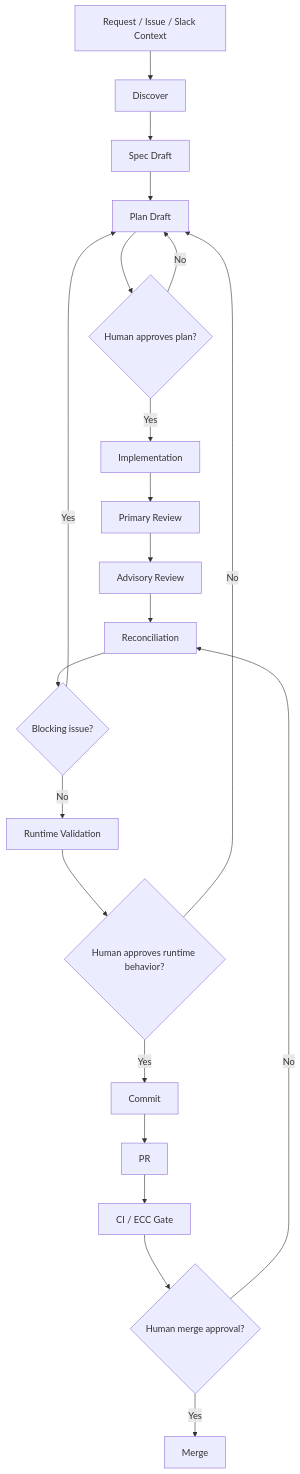
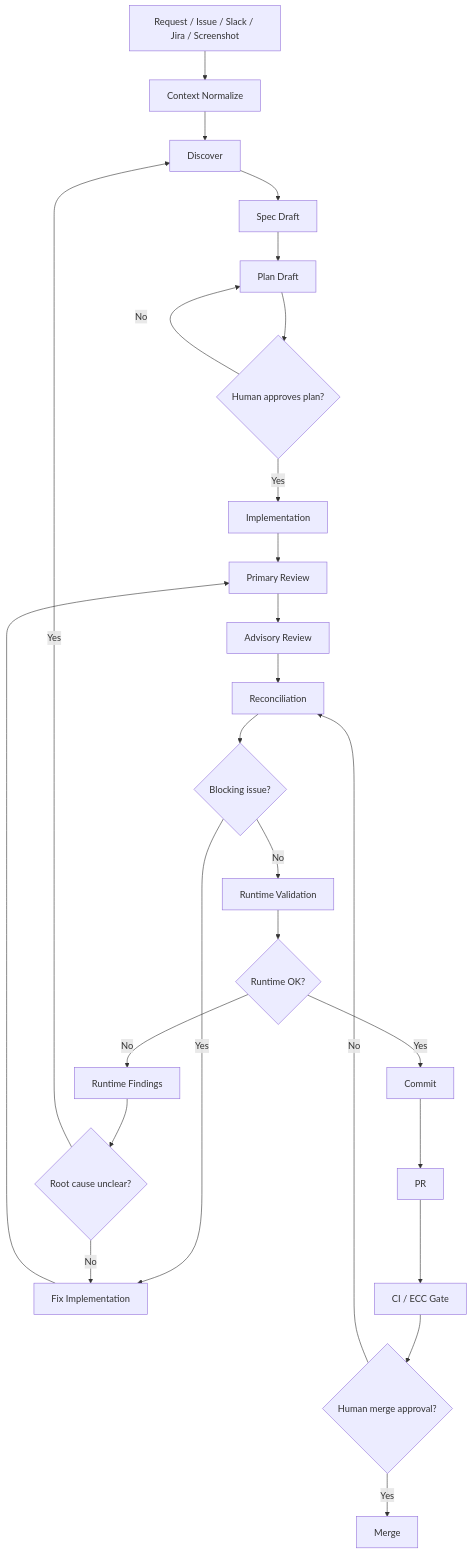
Before and after one commit to Allen-han21/FlowCore: the first of 2 diagrams in README.md, drawn with Mermaid. The commit also changed other lines of this file and 6 other files, not shown here.

Commit message:
FlowCore 워크플로우 아키텍처 강화

````diff
--- a/README.md
+++ b/README.md
@@ -177,23 +184,28 @@
 ```mermaid
 flowchart TD
-    A[Request / Issue / Slack Context] --> B[Discover]
-    B --> C[Spec Draft]
-    C --> D[Plan Draft]
-    D --> E{Human approves plan?}
-    E -- No --> D
-    E -- Yes --> F[Implementation]
-    F --> G[Primary Review]
-    G --> H[Advisory Review]
-    H --> I[Reconciliation]
-    I --> J{Blocking issue?}
-    J -- Yes --> D
-    J -- No --> K[Runtime Validation]
-    K --> L{Human approves runtime behavior?}
-    L -- No --> D
-    L -- Yes --> M[Commit]
-    M --> N[PR]
-    N --> O[CI / ECC Gate]
-    O --> P{Human merge approval?}
-    P -- No --> I
-    P -- Yes --> Q[Merge]
+    A[Request / Issue / Slack / Jira / Screenshot] --> B[Context Normalize]
+    B --> C[Discover]
+    C --> D[Spec Draft]
+    D --> E[Plan Draft]
+    E --> F{Human approves plan?}
+    F -- No --> E
+    F -- Yes --> G[Implementation]
+    G --> H[Primary Review]
+    H --> I[Advisory Review]
+    I --> J[Reconciliation]
+    J --> K{Blocking issue?}
+    K -- Yes --> L[Fix Implementation]
+    L --> H
+    K -- No --> M[Runtime Validation]
+    M --> N{Runtime OK?}
+    N -- No --> O[Runtime Findings]
+    O --> P{Root cause unclear?}
+    P -- Yes --> C
+    P -- No --> L
+    N -- Yes --> Q[Commit]
+    Q --> R[PR]
+    R --> S[CI / ECC Gate]
+    S --> T{Human merge approval?}
+    T -- No --> J
+    T -- Yes --> U[Merge]
 ```
````
